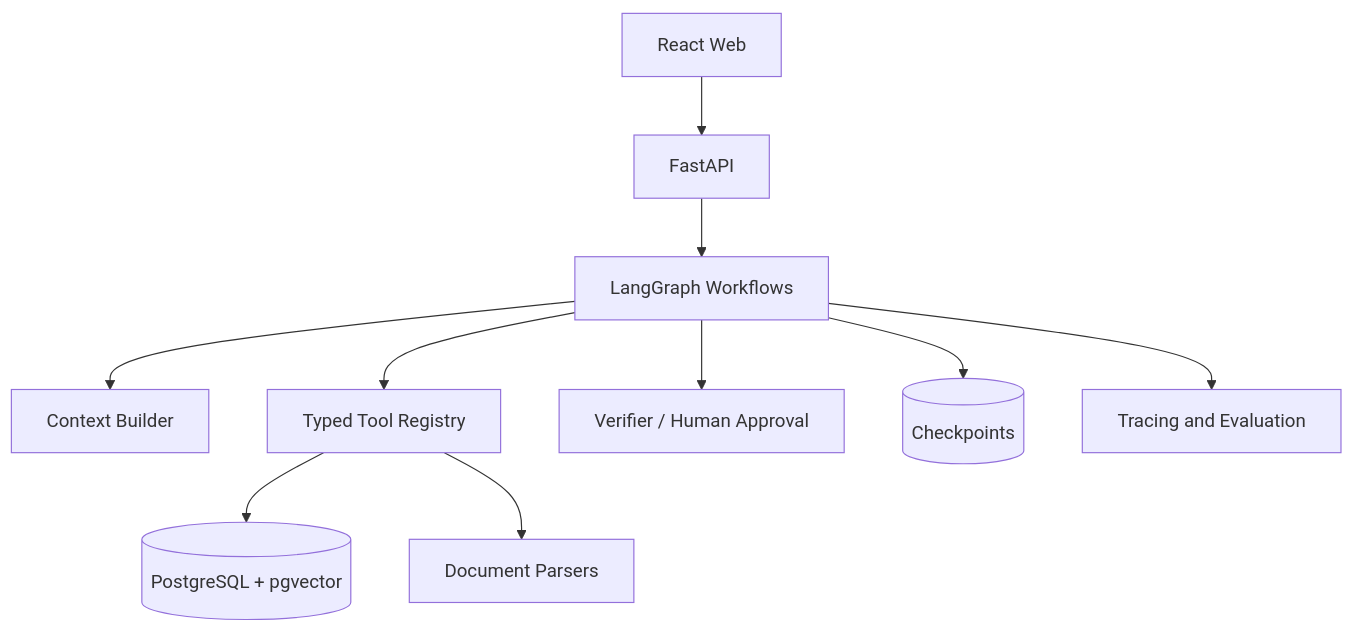
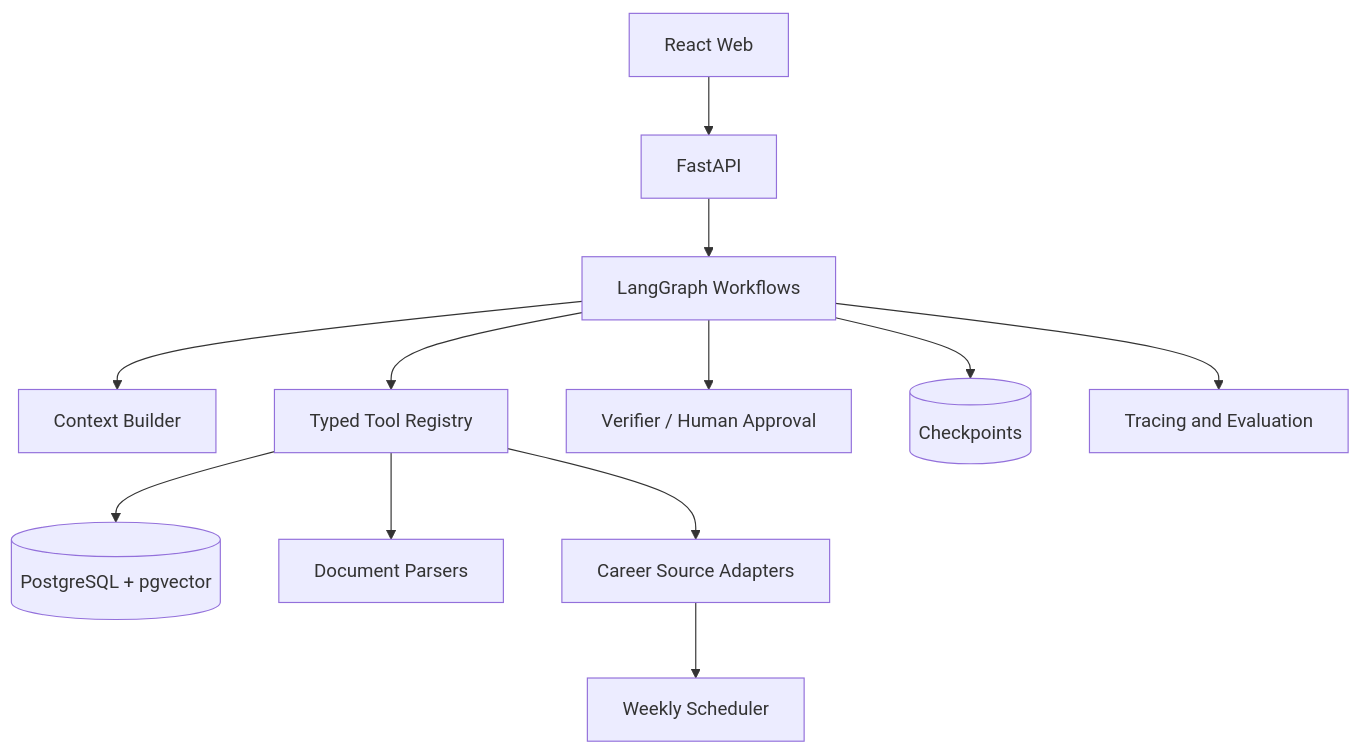
Before and after one commit to eulermonica6-hub/Lina_Agent: the second of 2 diagrams in README.md, drawn with Mermaid. The commit also changed other lines of this file and 44 other files, not shown here.

````diff
--- a/README.md
+++ b/README.md
@@ -55,12 +121,14 @@
 ```mermaid
 flowchart TB
     UI[React Web] --> API[FastAPI]
     API --> WF[LangGraph Workflows]
     WF --> CB[Context Builder]
     WF --> TR[Typed Tool Registry]
     WF --> VR[Verifier / Human Approval]
     TR --> PG[(PostgreSQL + pgvector)]
     TR --> DOC[Document Parsers]
+    TR --> SOURCES[Career Source Adapters]
+    SOURCES --> SCHEDULER[Weekly Scheduler]
     WF --> CP[(Checkpoints)]
     WF --> OBS[Tracing and Evaluation]
 ```
````
